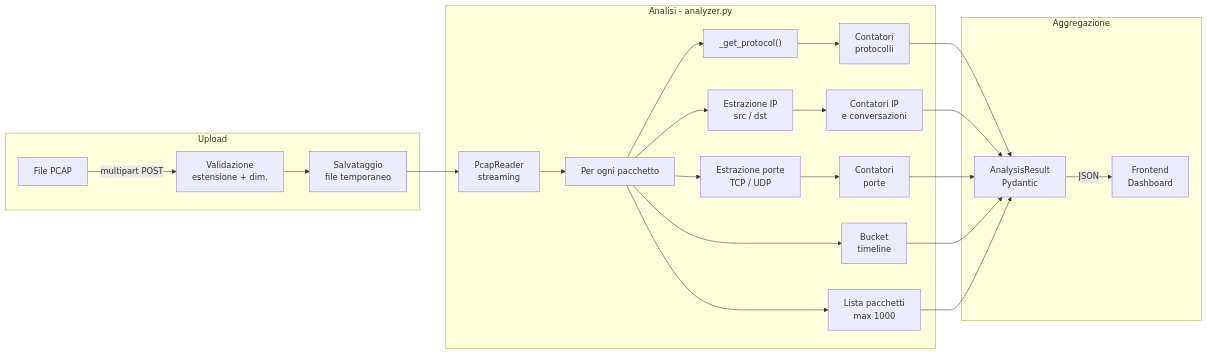
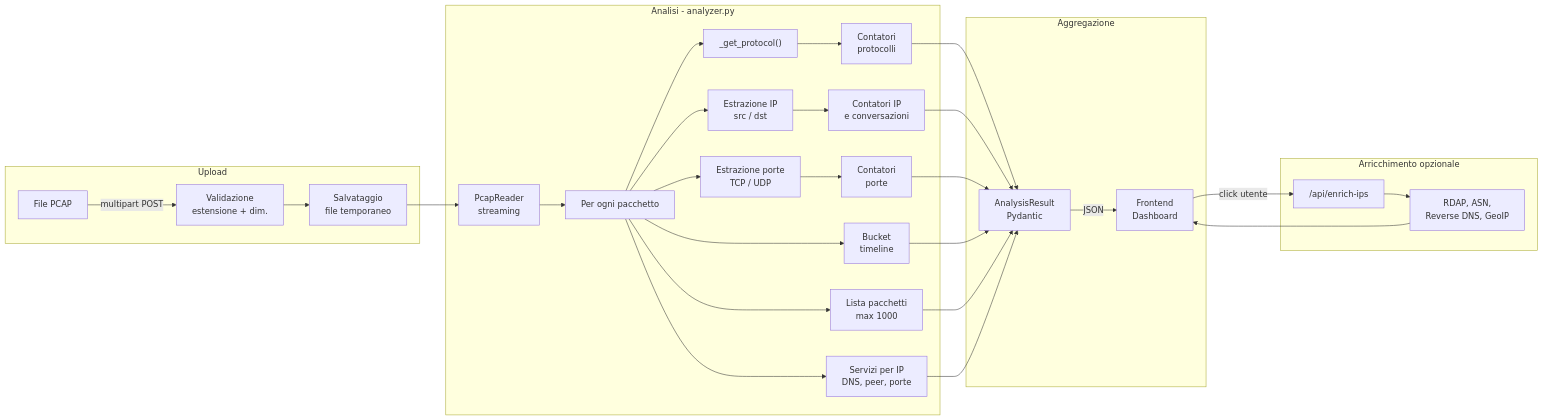
Before and after one commit to myblacksloth/aPCAPerX: the second of 3 diagrams in README.md, drawn with Mermaid. The commit also changed other lines of this file and 5 other files, not shown here.

````diff
--- a/README.md
+++ b/README.md
@@ -165,25 +177,32 @@
 ```mermaid
 flowchart LR
     subgraph Upload
         A["File PCAP"] -->|"multipart POST"| B["Validazione\nestensione + dim."]
         B --> C["Salvataggio\nfile temporaneo"]
     end
 
     subgraph "Analisi - analyzer.py"
         C --> D["PcapReader\nstreaming"]
         D --> E["Per ogni pacchetto"]
         E --> F["_get_protocol()"]
         E --> G["Estrazione IP\nsrc / dst"]
         E --> H["Estrazione porte\nTCP / UDP"]
         F --> I["Contatori\nprotocolli"]
         G --> J["Contatori IP\ne conversazioni"]
         H --> K["Contatori\nporte"]
         E --> L["Bucket\ntimeline"]
         E --> M["Lista pacchetti\nmax 1000"]
+        E --> Q["Servizi per IP\nDNS, peer, porte"]
     end
 
     subgraph Aggregazione
-        I & J & K & L & M --> N["AnalysisResult\nPydantic"]
+        I & J & K & L & M & Q --> N["AnalysisResult\nPydantic"]
         N -->|"JSON"| O["Frontend\nDashboard"]
     end
+
+    subgraph "Arricchimento opzionale"
+        O -->|"click utente"| P["/api/enrich-ips"]
+        P --> R["RDAP, ASN,\nReverse DNS, GeoIP"]
+        R --> O
+    end
 ```
````
